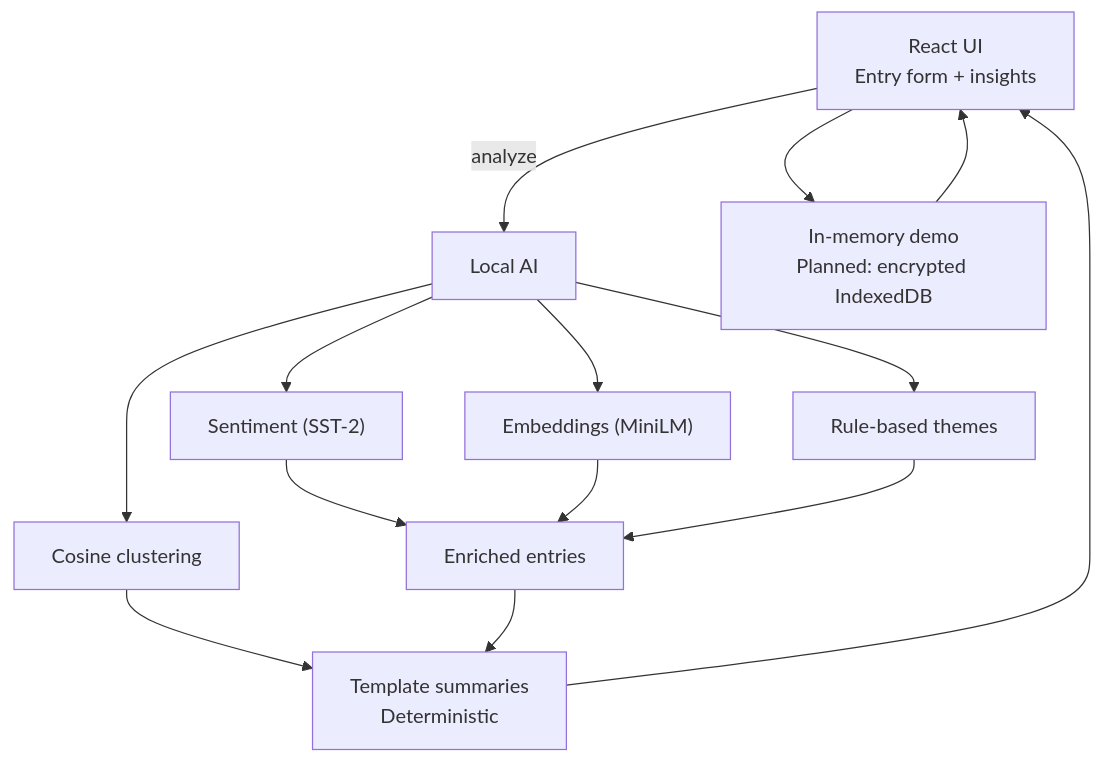
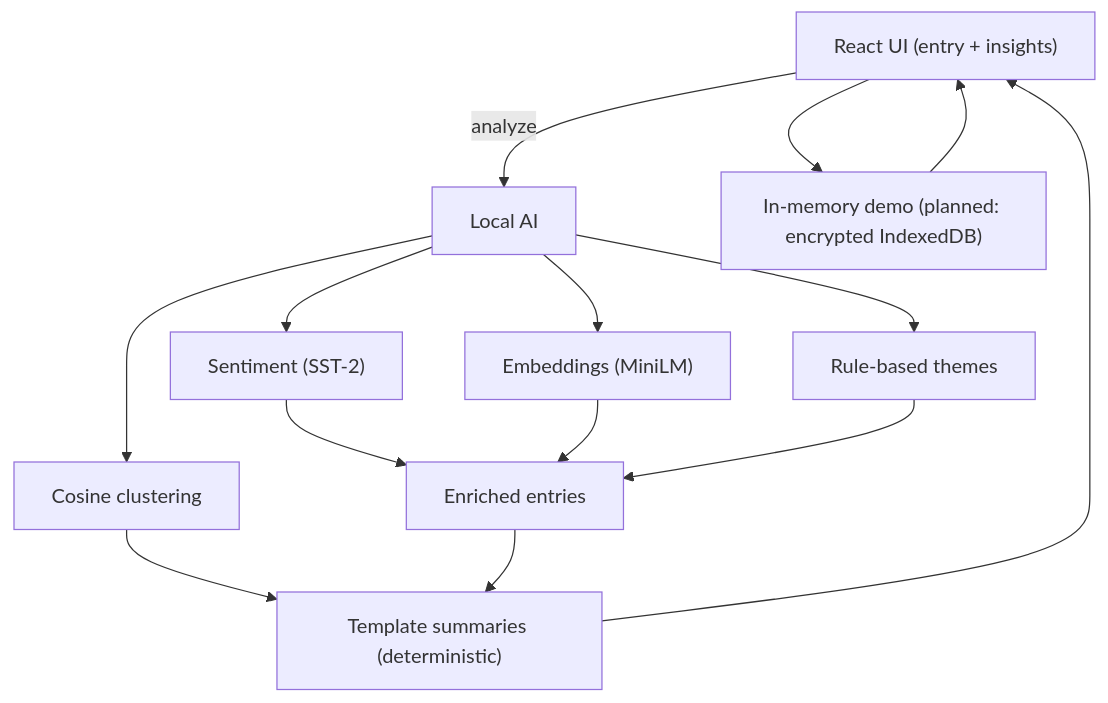
The diagram in README.md (mh6569/reflector), drawn with Mermaid before and after one commit.

Commit message:
fix: mermaid doc with concise labels

````diff
--- a/README.md
+++ b/README.md
@@ -144,16 +144,16 @@
 ```mermaid
 flowchart TD
-    UI["React UI\nEntry form + insights"] -->|analyze| NLP["Local AI"]
+    UI["React UI (entry + insights)"] -->|analyze| NLP["Local AI"]
     NLP --> Sent["Sentiment (SST-2)"]
     NLP --> Embed["Embeddings (MiniLM)"]
     NLP --> Tags["Rule-based themes"]
     NLP --> Clust["Cosine clustering"]
     Sent --> Enriched["Enriched entries"]
     Embed --> Enriched
     Tags --> Enriched
-    Clust --> Insights["Template summaries\nDeterministic"]
+    Clust --> Insights["Template summaries (deterministic)"]
     Enriched --> Insights
     Insights --> UI
-    UI --> Store["In-memory demo\nPlanned: encrypted IndexedDB"]
+    UI --> Store["In-memory demo (planned: encrypted IndexedDB)"]
     Store --> UI
 ```
````
